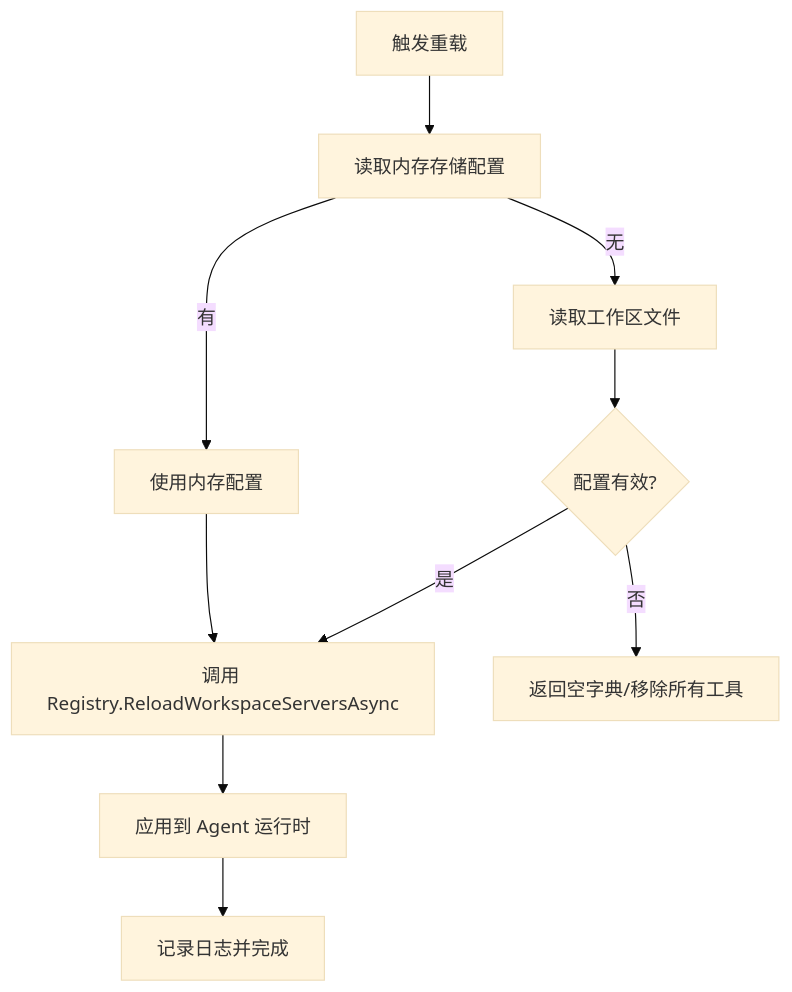
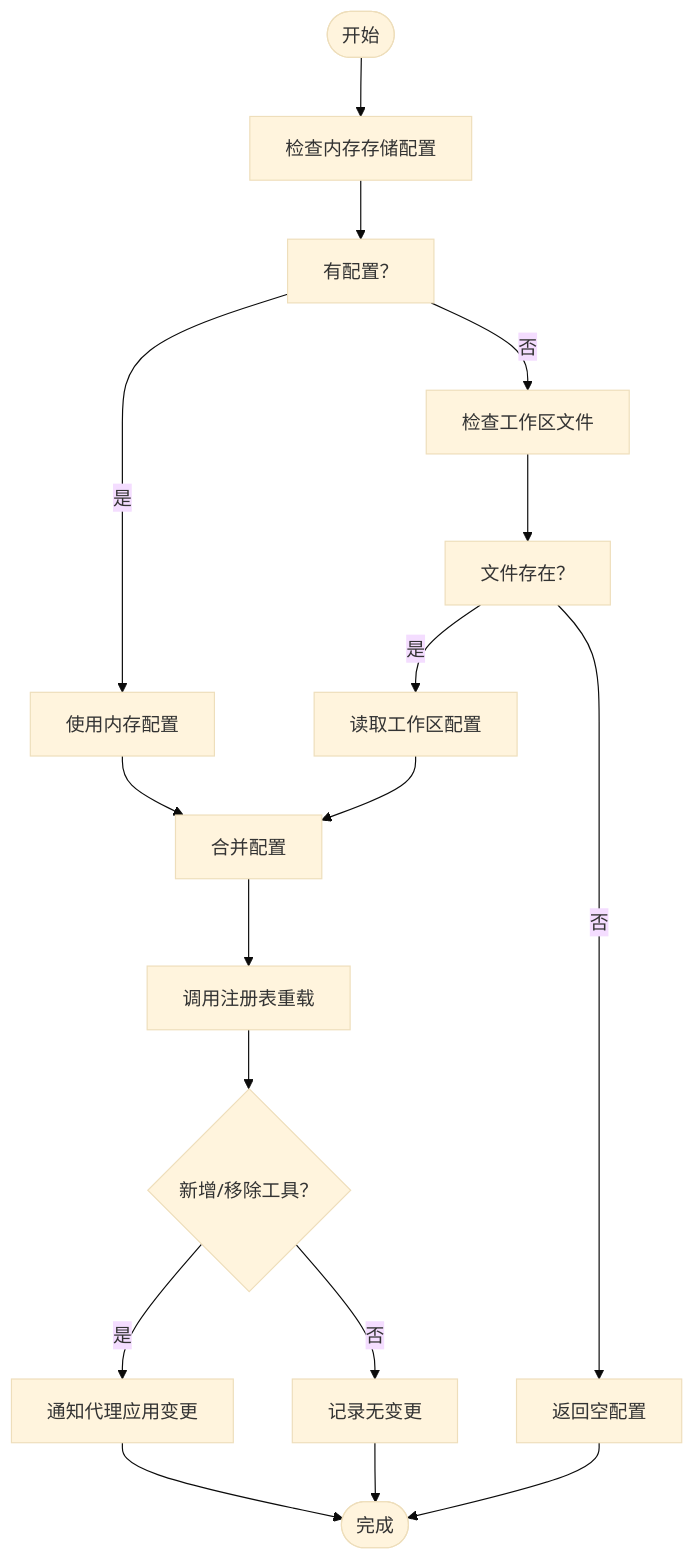
One commit to wayyet/kingcrab changed the seventh of 9 diagrams in .qoder/repowiki/zh/content/API 参考/MCP 协议.md. Above: the diagram before and after it, drawn with Mermaid (base theme). The commit also changed other lines of this file and 431 other files, not shown here.

````diff
--- a/.qoder/repowiki/zh/content/API 参考/MCP 协议.md
+++ b/.qoder/repowiki/zh/content/API 参考/MCP 协议.md
@@ -264,12 +351,19 @@
 ```mermaid
 flowchart TD
-A["触发重载"] --> B["读取内存存储配置"]
-B --> |有| C["使用内存配置"]
-B --> |无| D["读取工作区文件"]
-D --> E{"配置有效?"}
-C --> F["调用 Registry.ReloadWorkspaceServersAsync"]
-E --> |是| F
-E --> |否| G["返回空字典/移除所有工具"]
-F --> H["应用到 Agent 运行时"]
-H --> I["记录日志并完成"]
+Start(["开始"]) --> CheckMem["检查内存存储配置"]
+CheckMem --> MemHas["有配置？"]
+MemHas --> |是| UseMem["使用内存配置"]
+MemHas --> |否| CheckWS["检查工作区文件"]
+CheckWS --> WSExists["文件存在？"]
+WSExists --> |是| ReadWS["读取工作区配置"]
+WSExists --> |否| Empty["返回空配置"]
+UseMem --> Merge["合并配置"]
+ReadWS --> Merge
+Merge --> Registry["调用注册表重载"]
+Registry --> Diff{"新增/移除工具？"}
+Diff --> |否| LogNone["记录无变更"]
+Diff --> |是| Apply["通知代理应用变更"]
+Apply --> Done(["完成"])
+LogNone --> Done
+Empty --> Done
 ```
````
